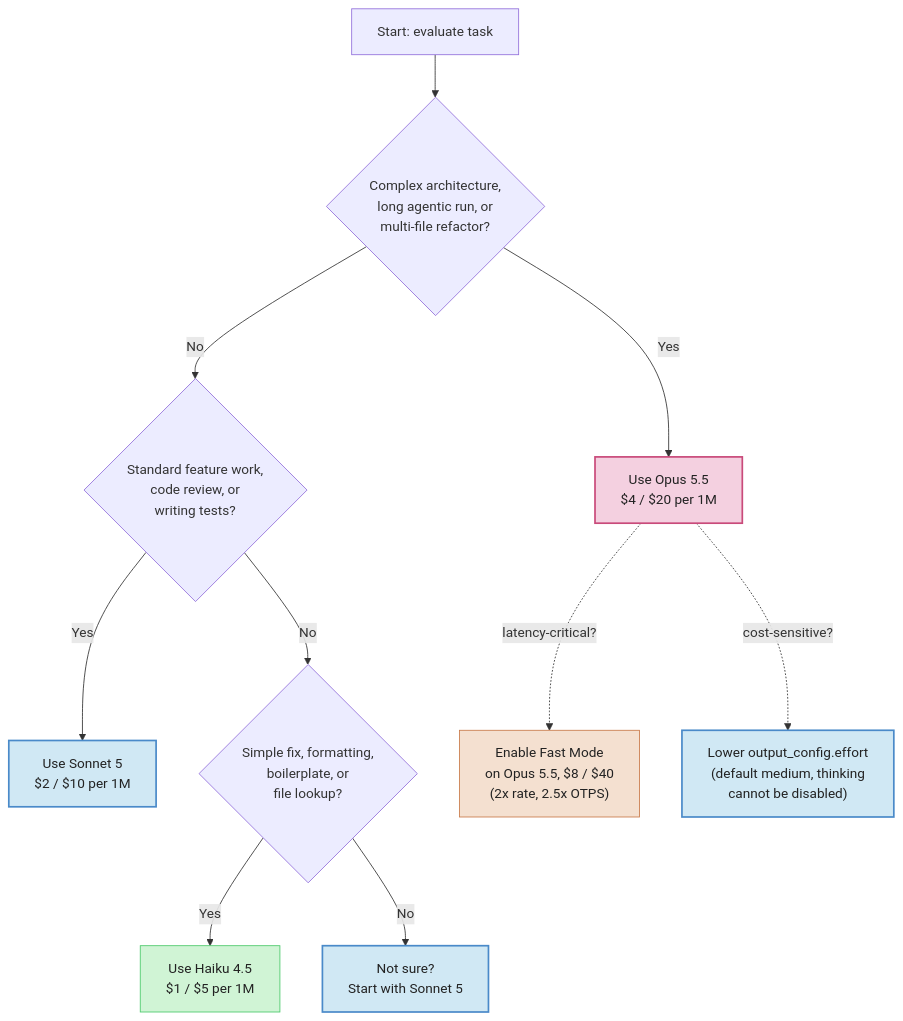
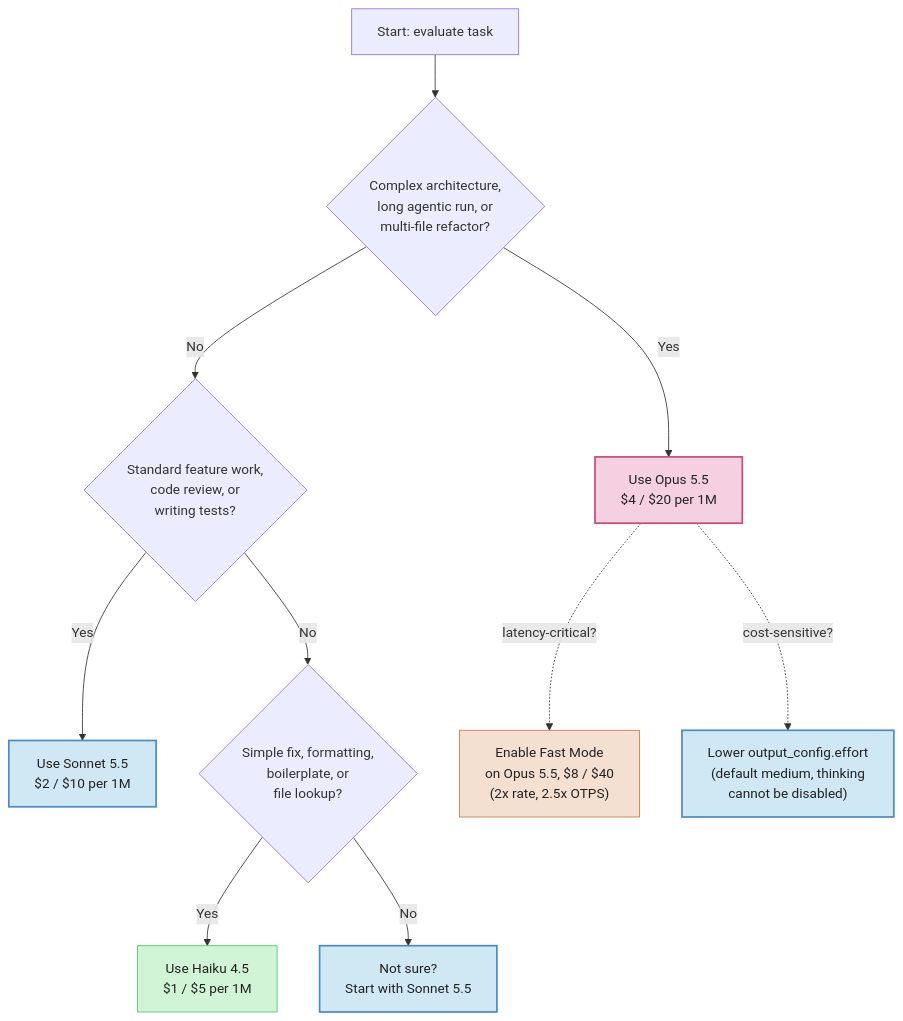
One commit to Sagargupta16/claude-cost-optimizer changed the second of 5 diagrams in guides/diagrams.md. Above: the diagram before and after it, drawn with Mermaid. The commit also changed other lines of this file and 52 other files, not shown here.

````diff
--- a/guides/diagrams.md
+++ b/guides/diagrams.md
@@ -85,23 +89,23 @@
 ```mermaid
 flowchart TD
     A[Start: evaluate task] --> B{"Complex architecture,<br/>long agentic run, or<br/>multi-file refactor?"}
     B -- Yes --> C["Use Opus 5.5<br/>$4 / $20 per 1M"]
     B -- No --> D{"Standard feature work,<br/>code review, or<br/>writing tests?"}
-    D -- Yes --> E["Use Sonnet 5<br/>$2 / $10 per 1M"]
+    D -- Yes --> E["Use Sonnet 5.5<br/>$2 / $10 per 1M"]
     D -- No --> F{"Simple fix, formatting,<br/>boilerplate, or<br/>file lookup?"}
     F -- Yes --> G["Use Haiku 4.5<br/>$1 / $5 per 1M"]
-    F -- No --> H["Not sure?<br/>Start with Sonnet 5"]
+    F -- No --> H["Not sure?<br/>Start with Sonnet 5.5"]
 
     C -. "latency-critical?" .-> C2["Enable Fast Mode<br/>on Opus 5.5, $8 / $40<br/>(2x rate, 2.5x OTPS)"]
     C -. "cost-sensitive?" .-> C3["Lower output_config.effort<br/>(default medium, thinking<br/>cannot be disabled)"]
 
     classDef flagship fill:#f4d0e0,stroke:#c94a7a,stroke-width:2px,color:#222
     classDef fast fill:#f4e0d0,stroke:#c97a4a,color:#222
     classDef mid fill:#d0e8f4,stroke:#4a8ac9,stroke-width:2px,color:#222
     classDef low fill:#d0f4d5,stroke:#4ac96a,color:#222
 
     class C flagship
     class C2 fast
     class C3,E,H mid
     class G low
 ```
````
